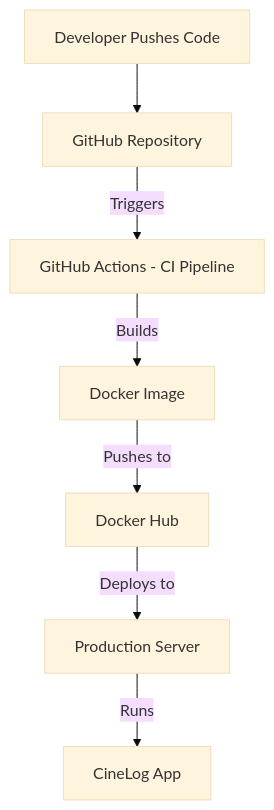
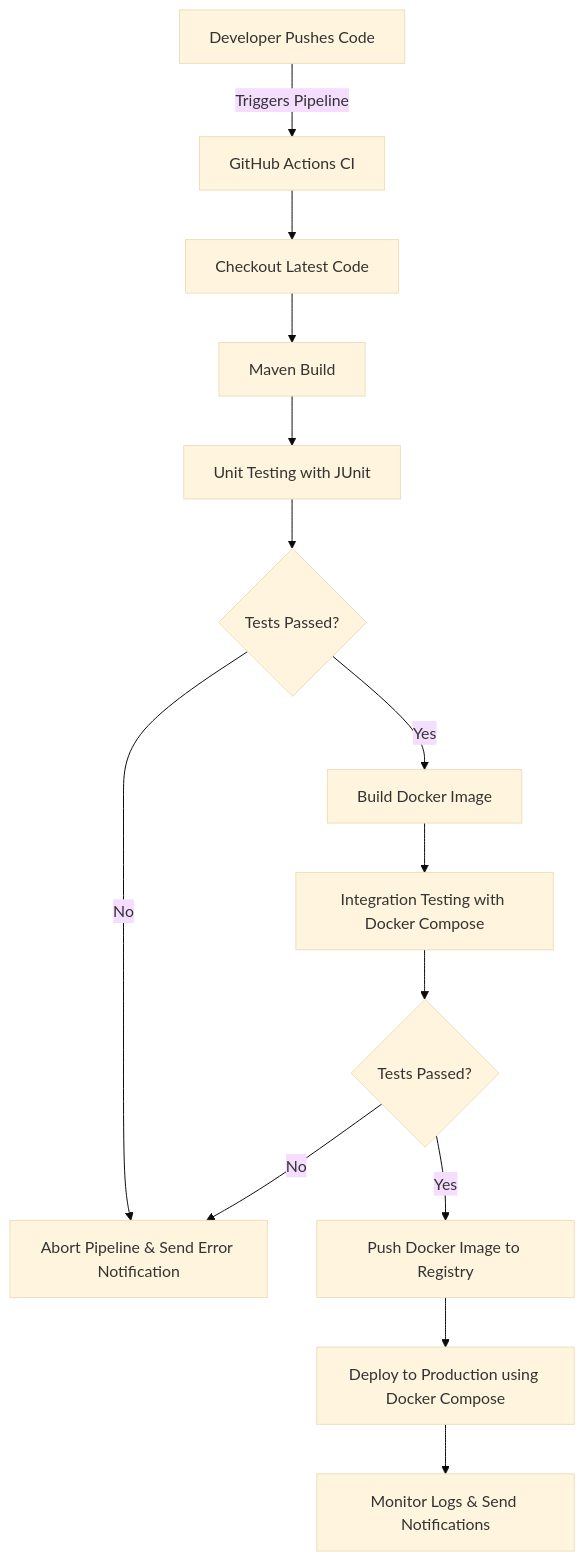
One commit to mehtapparkinson/java-group-project changed the third of 3 diagrams in README.md. Above: the diagram before and after it, drawn with Mermaid (base theme). The commit also changed other lines of this file, not shown here.

Commit message:
Added mermaid flow charts

`````diff
--- a/README.md
+++ b/README.md
@@ -305,9 +313,16 @@
 ```mermaid
 graph TD;
-Dev[Developer Pushes Code] --> GitHub[GitHub Repository];
-GitHub -->|Triggers| CI[GitHub Actions - CI Pipeline];
-CI -->|Builds| DockerImage[Docker Image];
-DockerImage -->|Pushes to| DockerHub[Docker Hub];
-DockerHub -->|Deploys to| Prod[Production Server];
-Prod -->|Runs| CineLogApp[CineLog App];
-````
+A[Developer Pushes Code] -->|Triggers Pipeline| B[GitHub Actions CI];
+B --> C[Checkout Latest Code];
+C --> D[Maven Build];
+D --> E[Unit Testing with JUnit];
+E --> F{Tests Passed?};
+F -- Yes --> G[Build Docker Image];
+F -- No --> Z[Abort Pipeline & Send Error Notification];
+G --> H[Integration Testing with Docker Compose];
+H --> I{Tests Passed?};
+I -- Yes --> J[Push Docker Image to Registry];
+J --> K[Deploy to Production using Docker Compose];
+K --> L[Monitor Logs & Send Notifications];
+I -- No --> Z;
+```
`````
